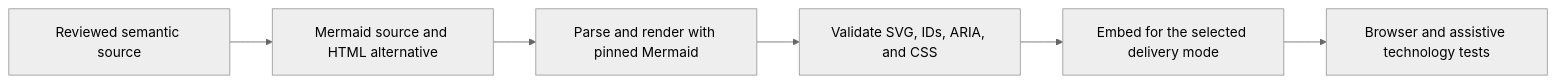
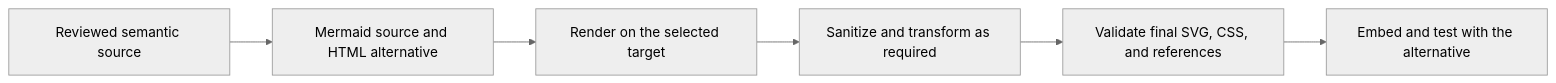
One commit to mgifford/ACCESSIBILITY.md changed the first of 3 diagrams in examples/MERMAID_TRANSFORMATION_BEST_PRACTICES.md. Above: the diagram before and after it, drawn with Mermaid (neutral theme). The commit also changed other lines of this file, not shown here.

First line of the commit message:
Revise Mermaid transformation best practices

````diff
--- a/examples/MERMAID_TRANSFORMATION_BEST_PRACTICES.md
+++ b/examples/MERMAID_TRANSFORMATION_BEST_PRACTICES.md
@@ -70,10 +92,10 @@
 ```mermaid
 flowchart LR
     accTitle: Accessible Mermaid publication pipeline
-    accDescr: Reviewed source is parsed and rendered with a pinned Mermaid version, validated as SVG and CSS, embedded according to its delivery mode, and tested with its structured alternative.
+    accDescr: Reviewed source and its alternative are rendered by the selected controlled or hosted renderer. Generated output is processed according to its trust boundary, validated after every material transformation, embedded for its delivery mode, and tested in the final context.
     A[Reviewed semantic source] --> B[Mermaid source and HTML alternative]
-    B --> C[Parse and render with pinned Mermaid]
-    C --> D[Validate SVG, IDs, ARIA, and CSS]
-    D --> E[Embed for the selected delivery mode]
-    E --> F[Browser and assistive technology tests]
+    B --> C[Render on the selected target]
+    C --> D[Sanitize and transform as required]
+    D --> E[Validate final SVG, CSS, and references]
+    E --> F[Embed and test with the alternative]
 ```
````
